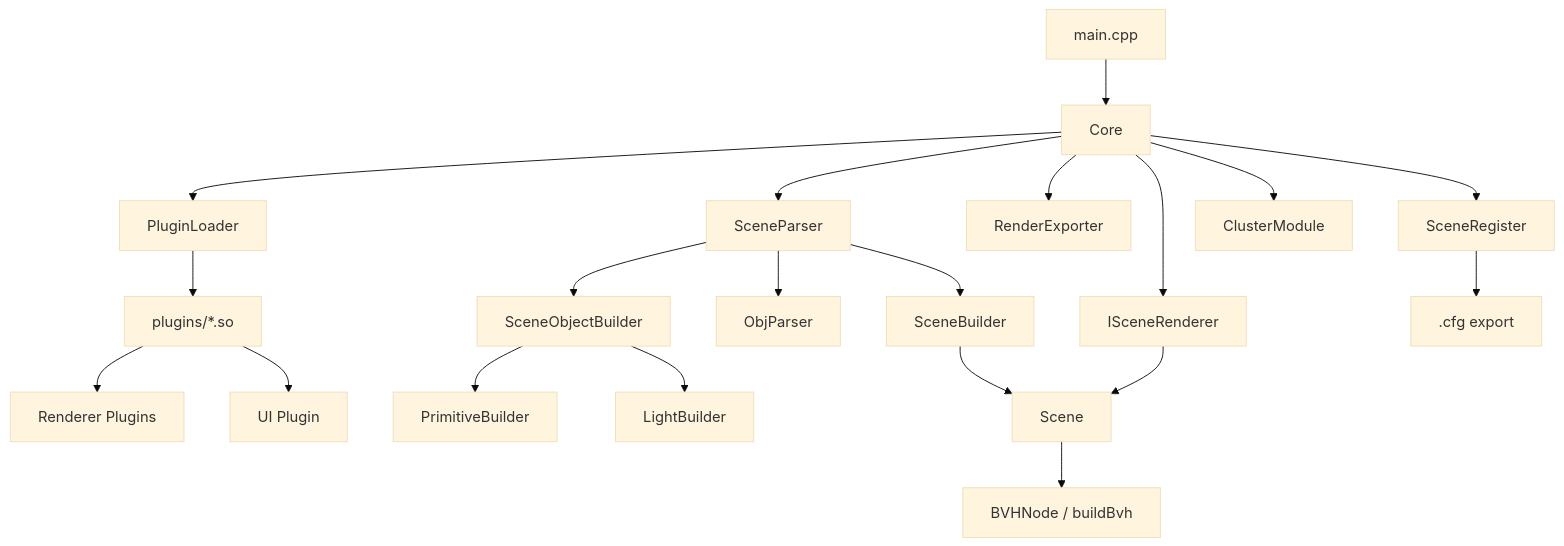
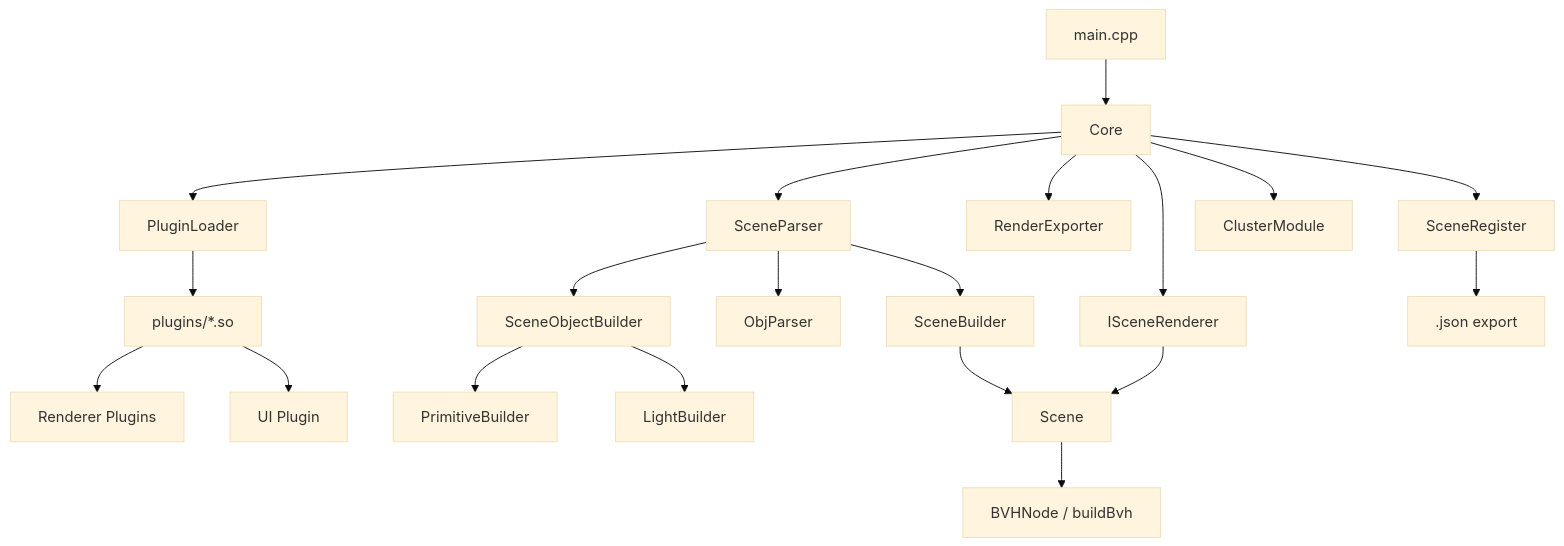
One commit to JJE-Corpo/Raytracer changed the diagram in docs/architecture.md. Above: the diagram before and after it, drawn with Mermaid (base theme). The commit also changed other lines of this file and 2 other files, not shown here.

Commit message:
UPDATE | Updated docs

````diff
--- a/docs/architecture.md
+++ b/docs/architecture.md
@@ -34,27 +34,27 @@
 ```mermaid
 flowchart TD
     Main[main.cpp] --> Core[Core]
 
     Core --> PluginLoader[PluginLoader]
     PluginLoader --> SO[plugins/*.so]
     SO --> RendererPlugins[Renderer Plugins]
     SO --> UIPlugin[UI Plugin]
 
     Core --> SceneParser[SceneParser]
     SceneParser --> ObjectBuilder[SceneObjectBuilder]
     ObjectBuilder --> PrimitiveBuilder[PrimitiveBuilder]
     ObjectBuilder --> LightBuilder[LightBuilder]
     SceneParser --> ObjParser[ObjParser]
     SceneParser --> SceneBuilder[SceneBuilder]
     SceneBuilder --> Scene[Scene]
 
     Scene --> BVH[BVHNode / buildBvh]
     Core --> ActiveRenderer[ISceneRenderer]
     ActiveRenderer --> Scene
     Core --> Exporter[RenderExporter]
 
     Core --> SceneRegister[SceneRegister]
-    SceneRegister --> Cfg[.cfg export]
+    SceneRegister --> Json[.json export]
 
     Core --> Cluster[ClusterModule]
 ```
````
